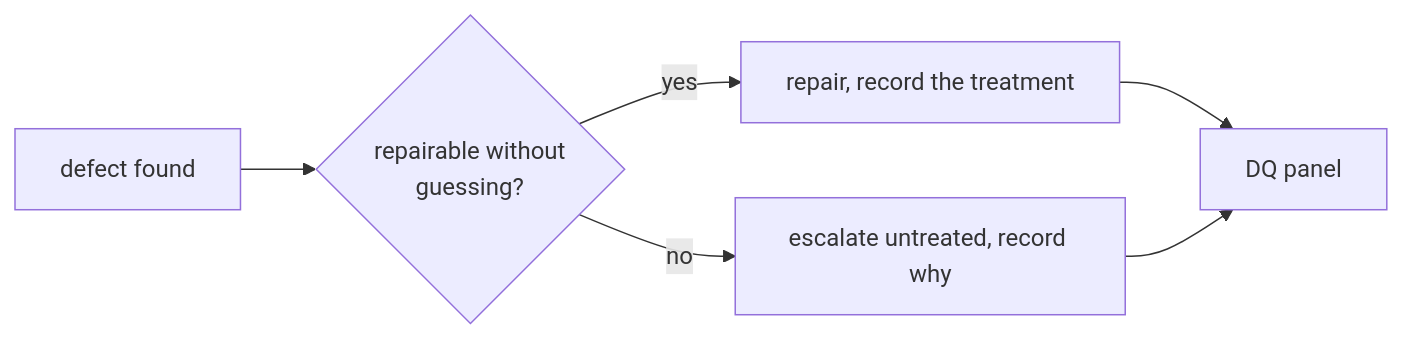
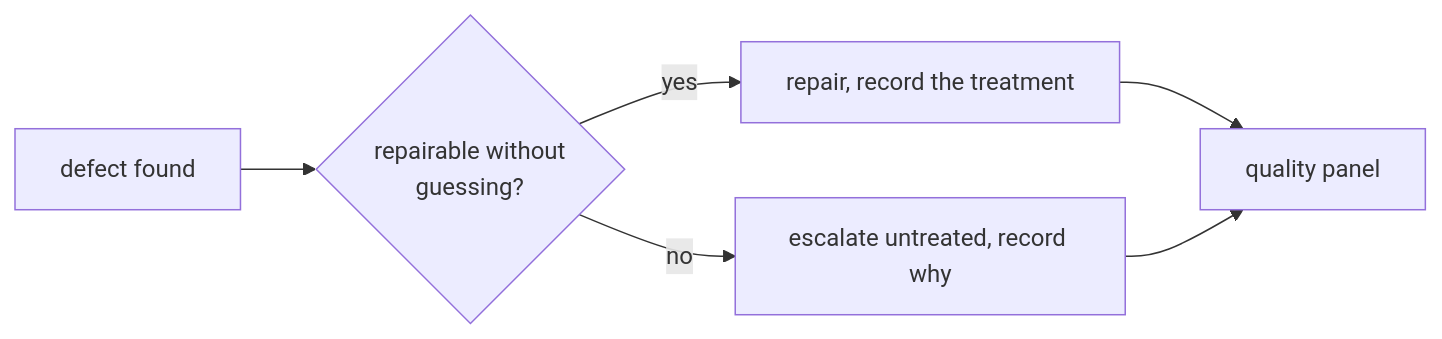
One commit to akaloic/risk-pnl-dashboard changed the second of 2 diagrams in README.md. Above: the diagram before and after it, drawn with Mermaid. The commit also changed other lines of this file and 2 other files, not shown here.

````diff
--- a/README.md
+++ b/README.md
@@ -96,8 +60,8 @@
 ```mermaid
 flowchart LR
   D["defect found"] --> Q{"repairable without<br/>guessing?"}
   Q -->|yes| R["repair, record the treatment"]
   Q -->|no| E["escalate untreated, record why"]
-  R --> P["DQ panel"]
+  R --> P["quality panel"]
   E --> P
 ```
````
